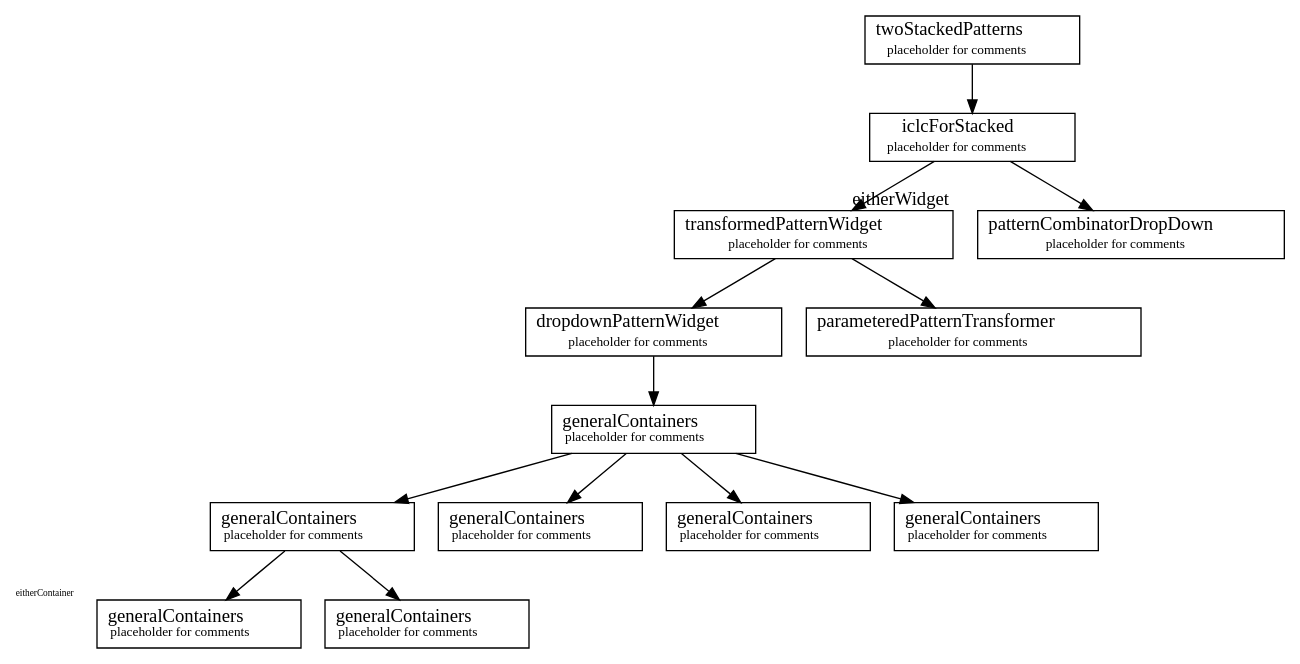
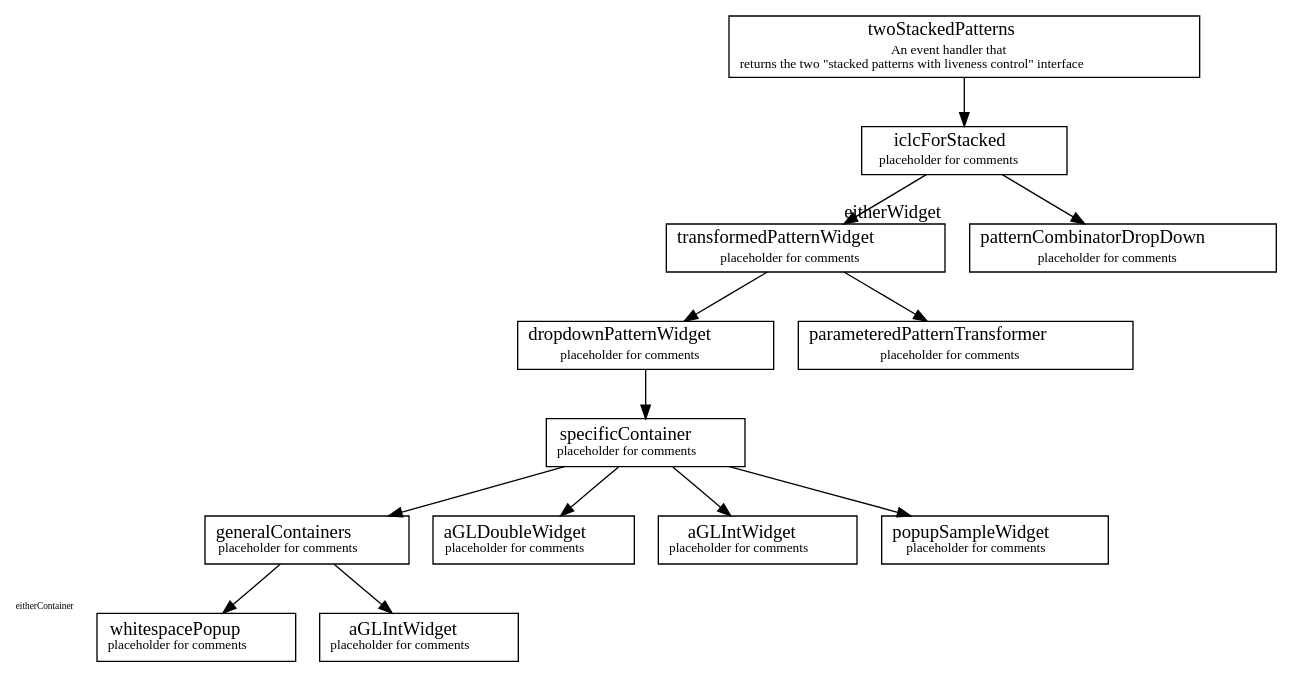
The diagram in map/twoStackedPatterns.dot (dktr0/estuary), drawn with Graphviz before and after one commit. The commit also changed 1 other file, not shown here.

Commit message:
graph_correction

```diff
--- a/map/twoStackedPatterns.dot
+++ b/map/twoStackedPatterns.dot
@@ -1,33 +1,33 @@
 digraph twoStackedPatterns {
               node [shape=record, labelloc=b];
-              twoStackedPatterns [label=<twoStackedPatterns<BR /> <FONT POINT-SIZE="10">placeholder for comments</FONT>>];
+              twoStackedPatterns [label=<twoStackedPatterns<BR /> <FONT POINT-SIZE="10">An event handler that <BR /> returns the two "stacked patterns with liveness control" interface </FONT>>];
               iclcForStacked [label=<iclcForStacked<BR /> <FONT POINT-SIZE="10">placeholder for comments</FONT>> ];
               transformedPatternWidget [label=<transformedPatternWidget<BR /> <FONT POINT-SIZE="10">placeholder for comments</FONT>> ];
               patternCombinatorDropDown [label=<patternCombinatorDropDown<BR /> <FONT POINT-SIZE="10">placeholder for comments</FONT>>, xlabel=<eitherWidget>];
               dropdownPatternWidget [label=<dropdownPatternWidget<BR /> <FONT POINT-SIZE="10">placeholder for comments</FONT>>];
               parameteredPatternTransformer [label=<parameteredPatternTransformer<BR /> <FONT POINT-SIZE="10">placeholder for comments</FONT>>];
               whitespacePopup [xlabel=<<FONT POINT-SIZE="7"> eitherContainer</FONT>>];
               generalContainer [label=<generalContainers <BR/><FONT POINT-SIZE="10">placeholder for comments</FONT>>];
-              specificContainer [label=<generalContainers <BR/><FONT POINT-SIZE="10">placeholder for comments</FONT>>];
-              aGLWidget [label=<generalContainers <BR/><FONT POINT-SIZE="10">placeholder for comments</FONT>>];
-              aGLDoubleWidget [label=<generalContainers <BR/><FONT POINT-SIZE="10">placeholder for comments</FONT>>];
-              aGLIntWidget [label=<generalContainers <BR/><FONT POINT-SIZE="10">placeholder for comments</FONT>>];
-              popupSampleWidget [label=<generalContainers <BR/><FONT POINT-SIZE="10">placeholder for comments</FONT>>];
-              whitespacePopup [label=<generalContainers <BR/><FONT POINT-SIZE="10">placeholder for comments</FONT>>];
+              specificContainer [label=<specificContainer <BR/><FONT POINT-SIZE="10">placeholder for comments</FONT>>];
+              aGLWidget [label=<aGLIntWidget <BR/><FONT POINT-SIZE="10">placeholder for comments</FONT>>];
+              aGLDoubleWidget [label=<aGLDoubleWidget <BR/><FONT POINT-SIZE="10">placeholder for comments</FONT>>];
+              aGLIntWidget [label=<aGLIntWidget <BR/><FONT POINT-SIZE="10">placeholder for comments</FONT>>];
+              popupSampleWidget [label=<popupSampleWidget <BR/><FONT POINT-SIZE="10">placeholder for comments</FONT>>];
+              whitespacePopup [label=<whitespacePopup <BR/><FONT POINT-SIZE="10">placeholder for comments</FONT>>];
 
               twoStackedPatterns -> iclcForStacked
               iclcForStacked -> transformedPatternWidget
               iclcForStacked -> patternCombinatorDropDown
               transformedPatternWidget -> dropdownPatternWidget
               dropdownPatternWidget -> specificContainer
               specificContainer -> generalContainer
               generalContainer -> aGLWidget
               generalContainer -> whitespacePopup
 
 //specificContainer right branch
               specificContainer -> aGLDoubleWidget
               specificContainer -> aGLIntWidget
               specificContainer -> popupSampleWidget
 
               transformedPatternWidget -> parameteredPatternTransformer
 }
```
